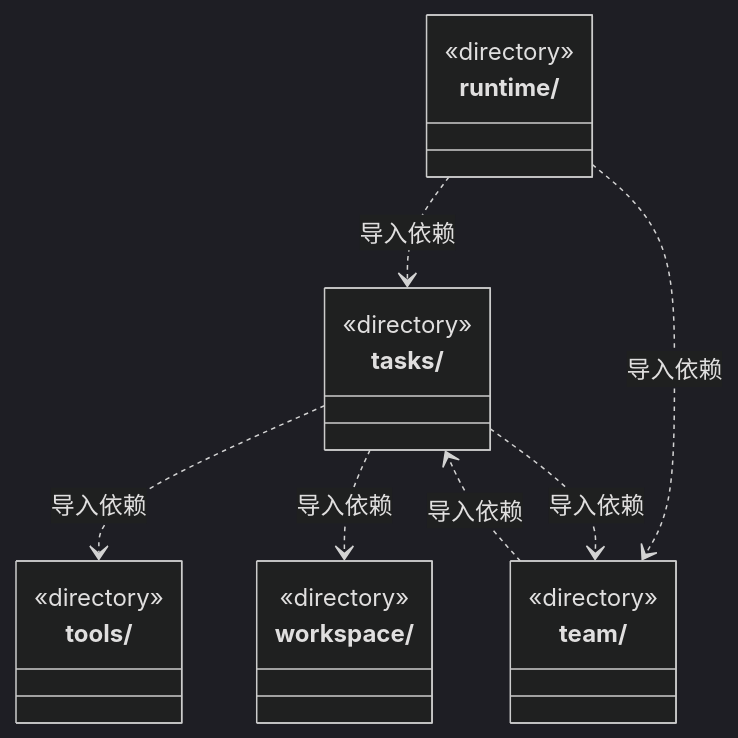
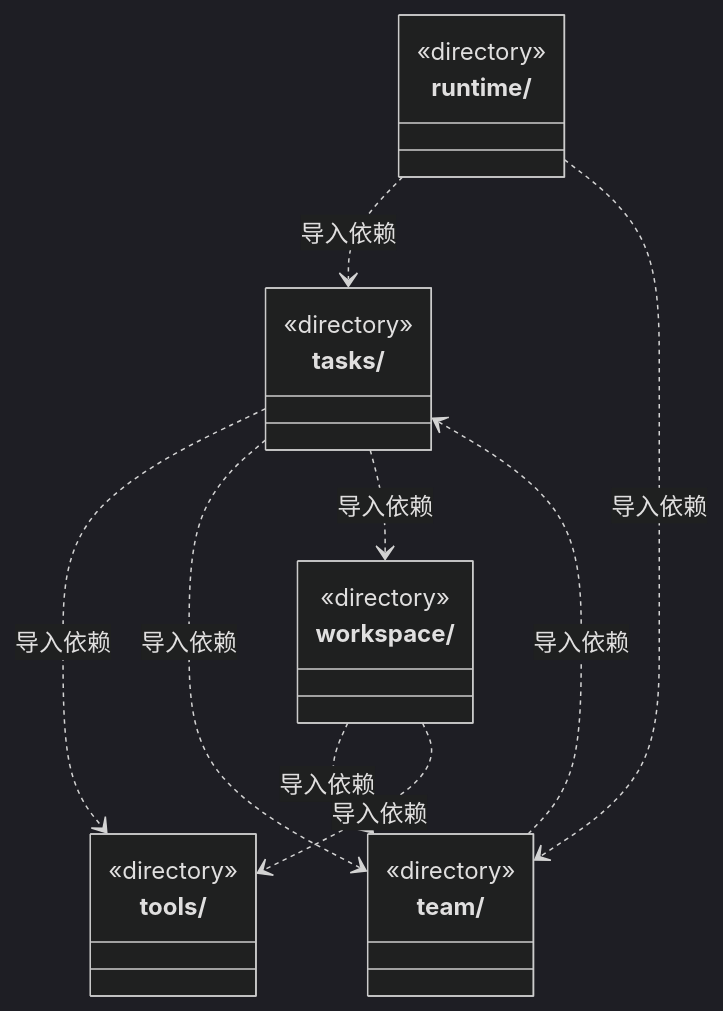
One commit to nan023062/cbim changed the second of 2 diagrams in src/backend/core/ARCHITECTURE.md. Above: the diagram before and after it, drawn with Mermaid (dark theme). The commit also changed other lines of this file and 77 other files, not shown here.

````diff
--- a/src/backend/core/ARCHITECTURE.md
+++ b/src/backend/core/ARCHITECTURE.md
@@ -43,24 +43,26 @@
 ```mermaid
 classDiagram
 class N_src_backend_core_runtime["runtime/"] {
   <<directory>>
 }
 class N_src_backend_core_tasks["tasks/"] {
   <<directory>>
 }
 class N_src_backend_core_team["team/"] {
   <<directory>>
 }
 class N_src_backend_core_tools["tools/"] {
   <<directory>>
 }
 class N_src_backend_core_workspace["workspace/"] {
   <<directory>>
 }
 N_src_backend_core_runtime ..> N_src_backend_core_tasks : 导入依赖
 N_src_backend_core_runtime ..> N_src_backend_core_team : 导入依赖
 N_src_backend_core_tasks ..> N_src_backend_core_tools : 导入依赖
 N_src_backend_core_tasks ..> N_src_backend_core_team : 导入依赖
 N_src_backend_core_tasks ..> N_src_backend_core_workspace : 导入依赖
 N_src_backend_core_team ..> N_src_backend_core_tasks : 导入依赖
+N_src_backend_core_workspace ..> N_src_backend_core_team : 导入依赖
+N_src_backend_core_workspace ..> N_src_backend_core_tools : 导入依赖
 ```
````
